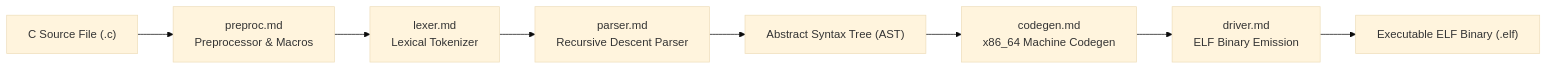
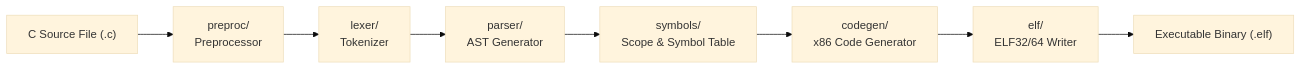
One commit to mrvlous/keira changed the diagram in docs/userland/compiler/README.md. Above: the diagram before and after it, drawn with Mermaid (base theme). The commit also changed other lines of this file and 58 other files, not shown here.

````diff
--- a/docs/userland/compiler/README.md
+++ b/docs/userland/compiler/README.md
@@ -11,10 +11,10 @@
 ```mermaid
 graph LR
-    Source["C Source File (.c)"] --> Preproc["preproc.md<br/>Preprocessor & Macros"]
-    Preproc --> Lexer["lexer.md<br/>Lexical Tokenizer"]
-    Lexer --> Parser["parser.md<br/>Recursive Descent Parser"]
-    Parser --> AST["Abstract Syntax Tree (AST)"]
-    AST --> Codegen["codegen.md<br/>x86_64 Machine Codegen"]
-    Codegen --> Driver["driver.md<br/>ELF Binary Emission"]
-    Driver --> Output["Executable ELF Binary (.elf)"]
+    Source["C Source File (.c)"] --> Preproc["preproc/<br/>Preprocessor"]
+    Preproc --> Lexer["lexer/<br/>Tokenizer"]
+    Lexer --> Parser["parser/<br/>AST Generator"]
+    Parser --> Symbols["symbols/<br/>Scope & Symbol Table"]
+    Symbols --> Codegen["codegen/<br/>x86 Code Generator"]
+    Codegen --> ELF["elf/<br/>ELF32/64 Writer"]
+    ELF --> Binary["Executable Binary (.elf)"]
 ```
````
